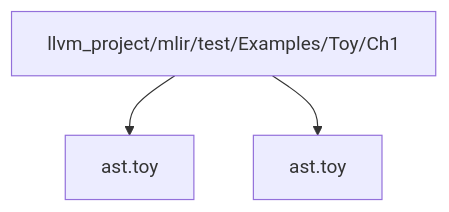
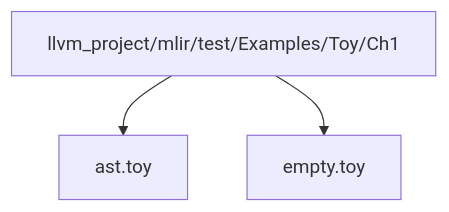
One commit to Ameya674/mlir_for_beginners changed the second of 2 diagrams in Ch1.md. Above: the diagram before and after it, drawn with Mermaid. The commit also changed other lines of this file, not shown here.

````diff
--- a/Ch1.md
+++ b/Ch1.md
@@ -77,10 +77,10 @@
 ```mermaid
 graph TD
   llvm_project/mlir/test/Examples/Toy/Ch1["llvm_project/mlir/test/Examples/Toy/Ch1"]
 
   ast.toy["ast.toy"]
-  empty.toy["ast.toy"]
+  empty.toy["empty.toy"]
 
   llvm_project/mlir/test/Examples/Toy/Ch1 --> ast.toy
   llvm_project/mlir/test/Examples/Toy/Ch1 --> empty.toy
 ```
````
